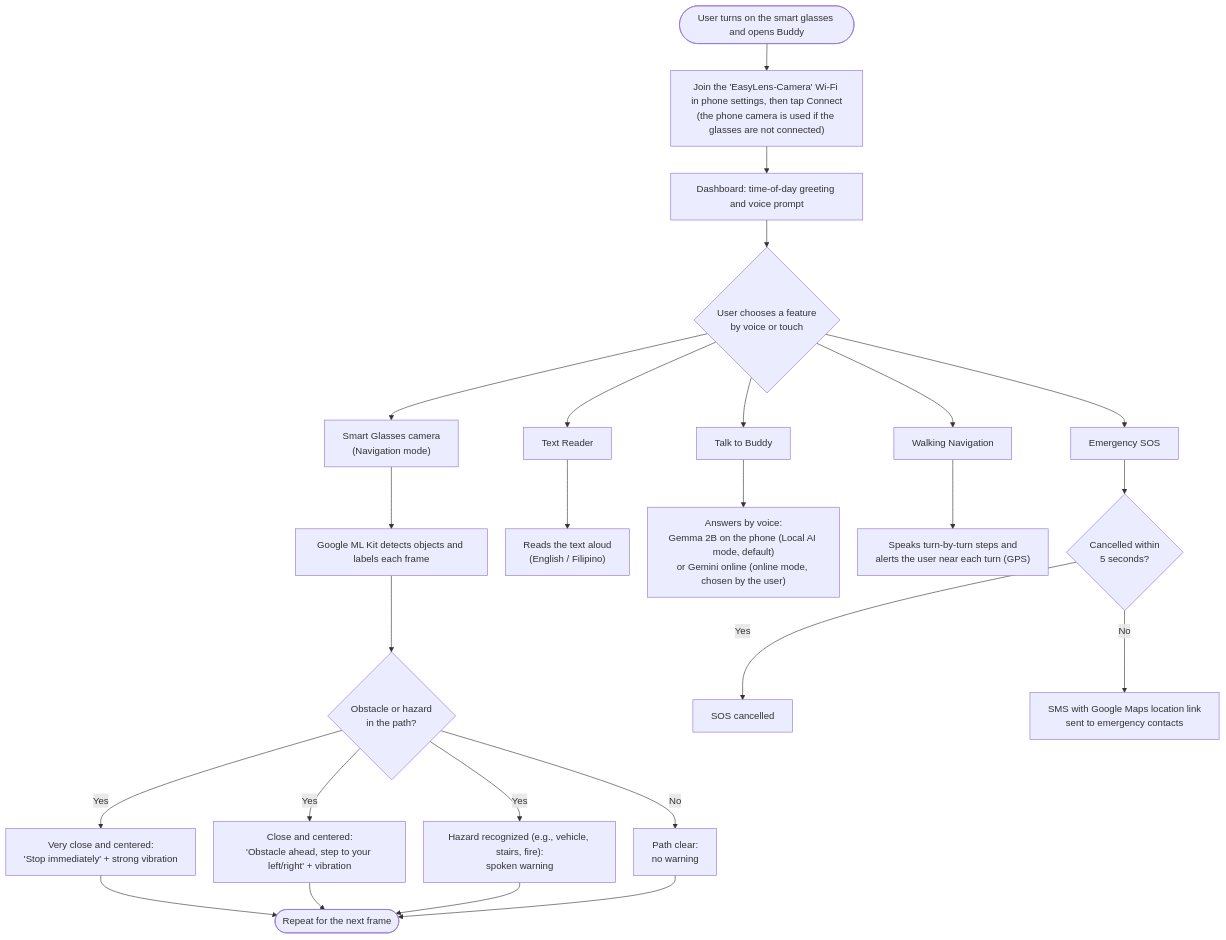
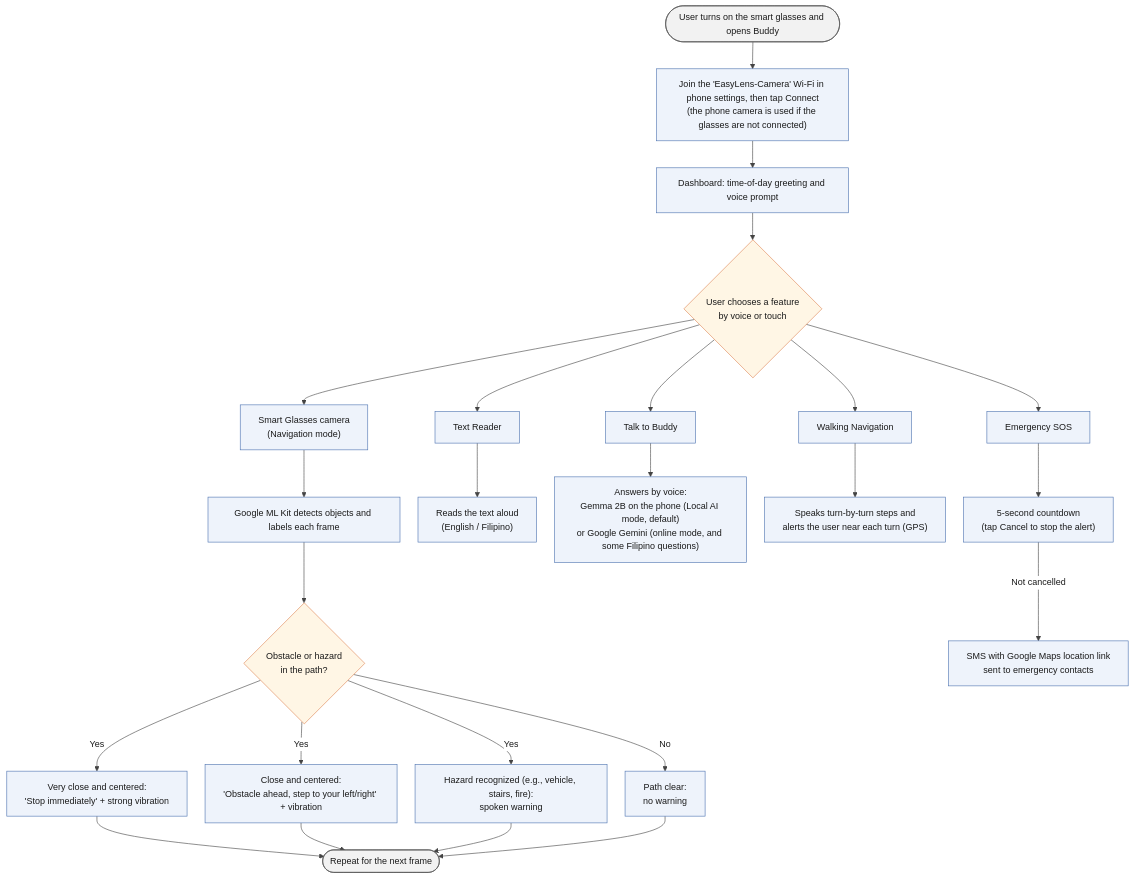
The second of 2 diagrams in docs/figures/04_chapter_3_rad_and_user_journey.md (ciellamher/easylens), drawn with Mermaid before and after one commit. The commit also changed other lines of this file and 10 other files, not shown here.

Commit message:
docs(figures): restyle Chapter 3 diagrams to match the appendix figures

````diff
--- a/docs/figures/04_chapter_3_rad_and_user_journey.md
+++ b/docs/figures/04_chapter_3_rad_and_user_journey.md
@@ -94,55 +94,58 @@
 ```mermaid
-%%{init: {"flowchart": {"wrappingWidth": 260, "nodeSpacing": 30, "rankSpacing": 45}}}%%
+%%{init: {"theme": "base", "themeVariables": {"primaryColor": "#EEF3FB", "primaryBorderColor": "#4C72B0", "primaryTextColor": "#1A1A1A", "secondaryColor": "#FFF6E5", "tertiaryColor": "#F7F7F7", "lineColor": "#444444", "fontFamily": "arial, sans-serif", "fontSize": "15px", "edgeLabelBackground": "#FFFFFF", "clusterBkg": "#F7F7F7", "clusterBorder": "#9A9A9A", "actorBkg": "#EEF3FB", "actorBorder": "#4C72B0", "actorTextColor": "#1A1A1A", "actorLineColor": "#9A9A9A", "signalColor": "#333333", "signalTextColor": "#1A1A1A", "noteBkgColor": "#F2F2F2", "noteBorderColor": "#9A9A9A", "labelBoxBkgColor": "#F2F2F2", "labelBoxBorderColor": "#9A9A9A", "loopTextColor": "#1A1A1A", "activationBkgColor": "#EEF3FB"}, "flowchart": {"wrappingWidth": 260, "nodeSpacing": 30, "rankSpacing": 45}, "fontFamily": "arial, sans-serif"}}%%
 flowchart TD
     START(["User turns on the smart glasses and opens Buddy"])
     WIFI["Join the 'EasyLens-Camera' Wi-Fi in phone settings, then tap Connect<br/>(the phone camera is used if the glasses are not connected)"]
     DASH["Dashboard: time-of-day greeting and voice prompt"]
     CHOICE{"User chooses a feature<br/>by voice or touch"}
 
     CAM["Smart Glasses camera<br/>(Navigation mode)"]
     OCR["Text Reader"]
     BUDDY["Talk to Buddy"]
     NAV["Walking Navigation"]
     SOS["Emergency SOS"]
 
     DETECT["Google ML Kit detects objects and labels each frame"]
     HAZ{"Obstacle or hazard<br/>in the path?"}
     STOP["Very close and centered:<br/>'Stop immediately' + strong vibration"]
     AVOID["Close and centered:<br/>'Obstacle ahead, step to your left/right' + vibration"]
     WARN["Hazard recognized (e.g., vehicle, stairs, fire):<br/>spoken warning"]
     CLEAR["Path clear:<br/>no warning"]
     REPEAT(["Repeat for the next frame"])
 
     OCR_OUT["Reads the text aloud<br/>(English / Filipino)"]
-    BUDDY_OUT["Answers by voice:<br/>Gemma 2B on the phone (Local AI mode, default)<br/>or Gemini online (online mode, chosen by the user)"]
+    BUDDY_OUT["Answers by voice:<br/>Gemma 2B on the phone (Local AI mode, default)<br/>or Google Gemini (online mode, and some Filipino questions)"]
     NAV_OUT["Speaks turn-by-turn steps and<br/>alerts the user near each turn (GPS)"]
 
-    COUNT{"Cancelled within<br/>5 seconds?"}
-    SOS_CANCEL["SOS cancelled"]
+    COUNT["5-second countdown<br/>(tap Cancel to stop the alert)"]
     SOS_SEND["SMS with Google Maps location link<br/>sent to emergency contacts"]
 
     START --> WIFI --> DASH --> CHOICE
     CHOICE --> CAM
     CHOICE --> OCR
     CHOICE --> BUDDY
     CHOICE --> NAV
     CHOICE --> SOS
 
     CAM --> DETECT --> HAZ
     HAZ -->|Yes| STOP
     HAZ -->|Yes| AVOID
     HAZ -->|Yes| WARN
     HAZ -->|No| CLEAR
     STOP --> REPEAT
     AVOID --> REPEAT
     WARN --> REPEAT
     CLEAR --> REPEAT
 
     OCR --> OCR_OUT
     BUDDY --> BUDDY_OUT
     NAV --> NAV_OUT
 
     SOS --> COUNT
-    COUNT -->|Yes| SOS_CANCEL
-    COUNT -->|No| SOS_SEND
+    COUNT -->|Not cancelled| SOS_SEND
+
+    classDef decision fill:#FFF6E5,stroke:#DD8452,color:#1A1A1A
+    classDef terminal fill:#F2F2F2,stroke:#555555,color:#1A1A1A
+    class CHOICE,HAZ decision
+    class START,REPEAT terminal
 ```
````
